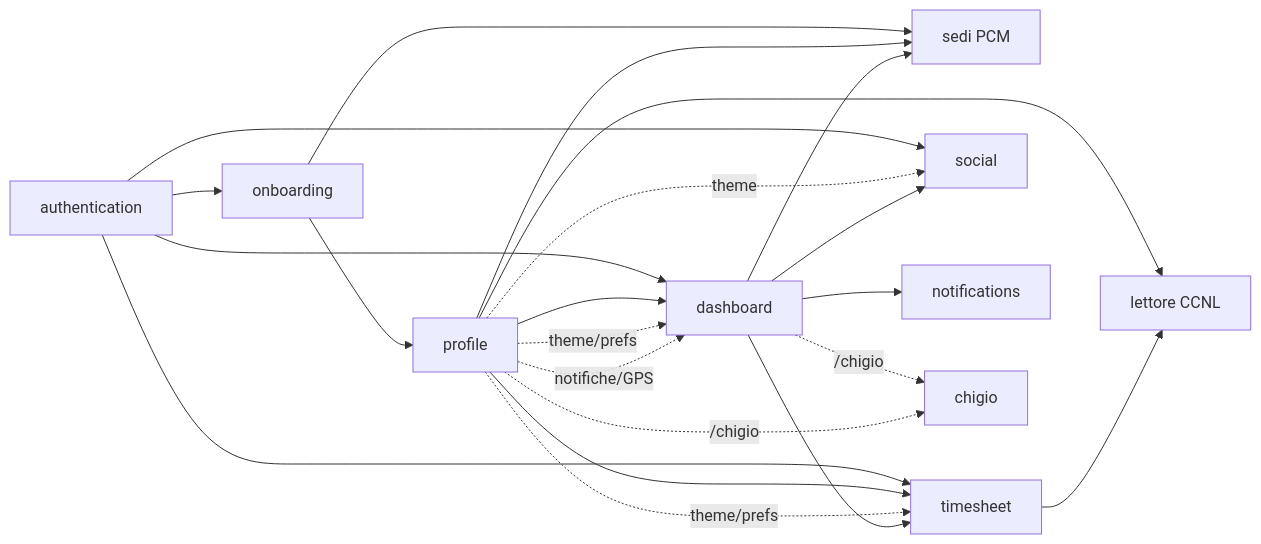
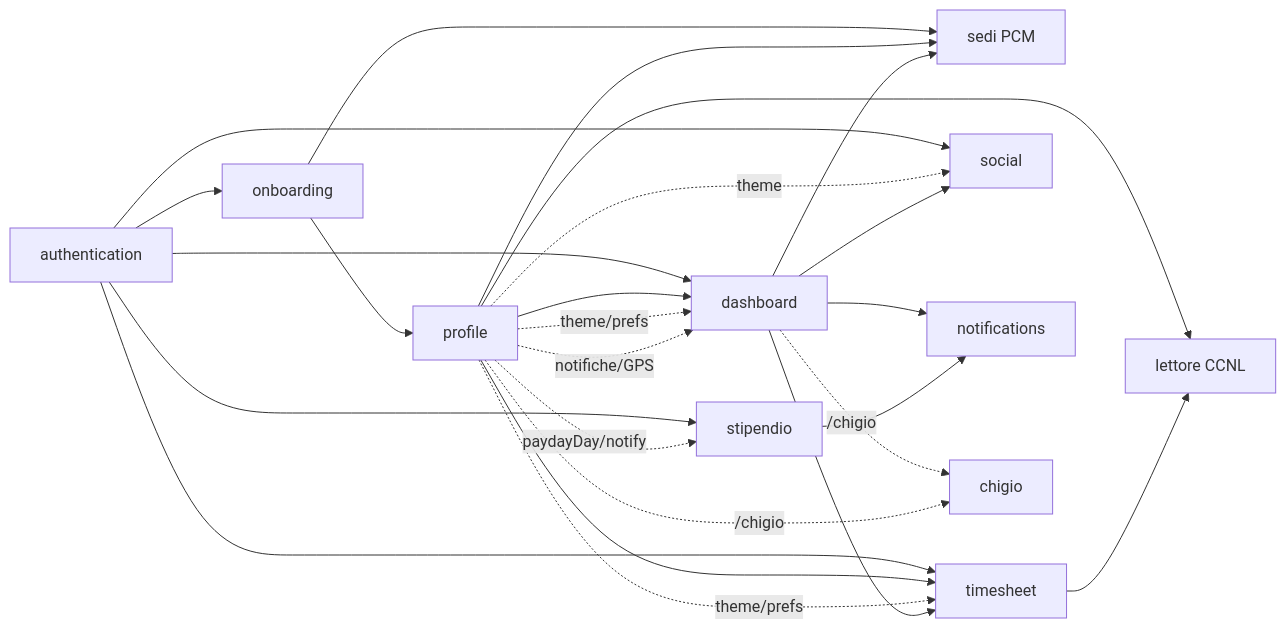
One commit to marcocipriani/chigio_time changed the diagram in docs/features/README.md. Above: the diagram before and after it, drawn with Mermaid. The commit also changed other lines of this file and 25 other files, not shown here.

First line of the commit message:
feat(salary): Stipendio page (4th tab) + payday notification

````diff
--- a/docs/features/README.md
+++ b/docs/features/README.md
@@ -9,24 +9,27 @@
 ```mermaid
 flowchart LR
     AUTH[authentication] --> ONB[onboarding]
     ONB --> PROFILE[profile]
     ONB --> LOC[sedi PCM]
     AUTH --> DASH[dashboard]
     AUTH --> TS[timesheet]
     AUTH --> SOC[social]
     PROFILE --> DASH
     PROFILE --> TS
     PROFILE --> LOC
     PROFILE --> CCNL[lettore CCNL]
     PROFILE -. theme/prefs .-> DASH
     PROFILE -. theme/prefs .-> TS
     PROFILE -. notifiche/GPS .-> DASH
     PROFILE -. theme .-> SOC
     DASH --> TS
     DASH --> SOC
     DASH --> NOTIF[notifications]
     DASH --> LOC
     TS --> CCNL
+    AUTH --> SAL[stipendio]
+    PROFILE -. paydayDay/notify .-> SAL
+    SAL --> NOTIF
     DASH -. /chigio .-> CHI[chigio]
     PROFILE -. /chigio .-> CHI
 ```
````
